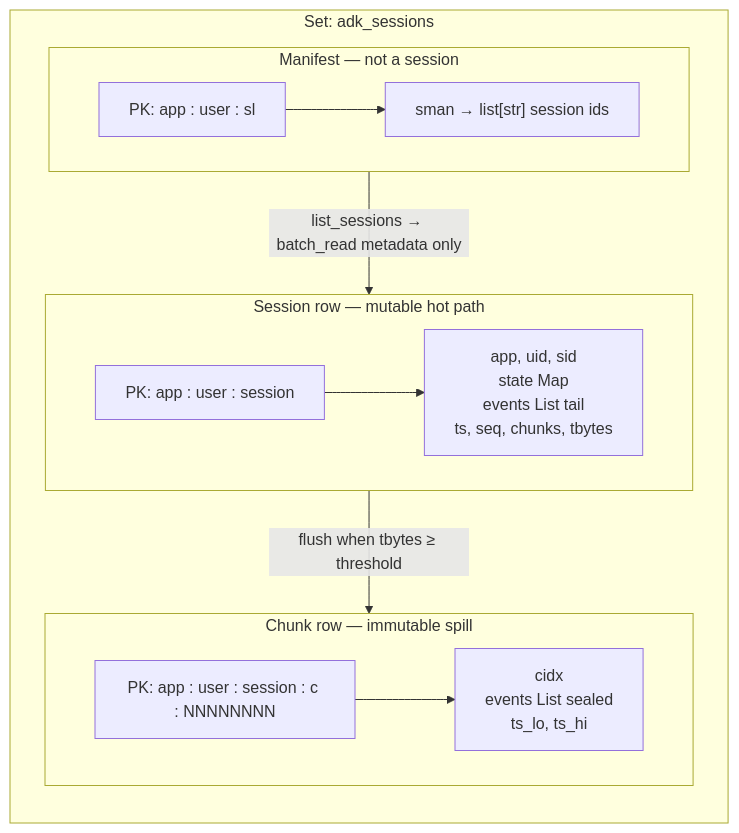
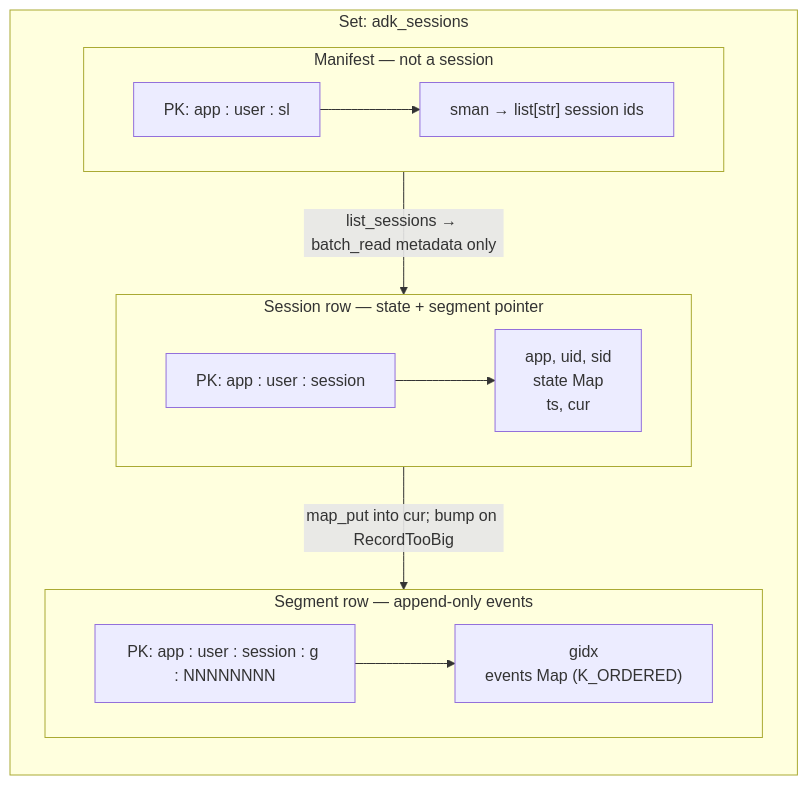
The third of 9 diagrams in docs/data-model.md (aerospike-community/adk-aerospike), drawn with Mermaid before and after one commit. The commit also changed other lines of this file and 16 other files, not shown here.

````diff
--- a/docs/data-model.md
+++ b/docs/data-model.md
@@ -85,24 +85,24 @@
 ```mermaid
 flowchart TB
   subgraph adk_sessions["Set: adk_sessions"]
     direction TB
 
     subgraph manifest["Manifest — not a session"]
       MK["PK: app : user : sl"]
       MK --> SMAN["sman → list[str] session ids"]
     end
 
-    subgraph session["Session row — mutable hot path"]
+    subgraph session["Session row — state + segment pointer"]
       SK["PK: app : user : session"]
-      SK --> SBINS["app, uid, sid<br/>state Map<br/>events List tail<br/>ts, seq, chunks, tbytes"]
+      SK --> SBINS["app, uid, sid<br/>state Map<br/>ts, cur"]
     end
 
-    subgraph chunk["Chunk row — immutable spill"]
-      CK["PK: app : user : session : c : NNNNNNNN"]
-      CK --> CBINS["cidx<br/>events List sealed<br/>ts_lo, ts_hi"]
+    subgraph segment["Segment row — append-only events"]
+      CK["PK: app : user : session : g : NNNNNNNN"]
+      CK --> CBINS["gidx<br/>events Map (K_ORDERED)"]
     end
   end
 
   manifest -->|"list_sessions → batch_read metadata only"| session
-  session -->|"flush when tbytes ≥ threshold"| chunk
+  session -->|"map_put into cur; bump on RecordTooBig"| segment
 ```
````
